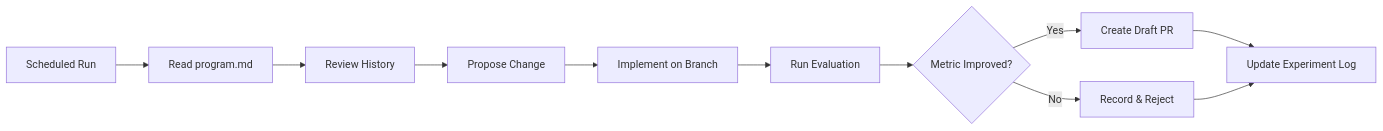
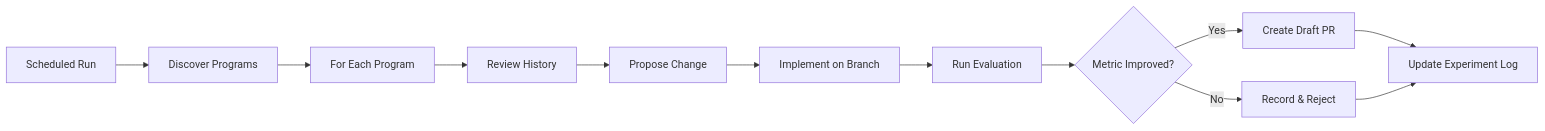
The first of 2 diagrams in docs/autoloop.md (githubnext/agentics), drawn with Mermaid before and after one commit. The commit also changed other lines of this file and 2 other files, not shown here.

````diff
--- a/docs/autoloop.md
+++ b/docs/autoloop.md
@@ -23,13 +23,14 @@
 ```mermaid
 graph LR
-    A[Scheduled Run] --> B[Read program.md]
-    B --> C[Review History]
-    C --> D[Propose Change]
-    D --> E[Implement on Branch]
-    E --> F[Run Evaluation]
-    F --> G{Metric Improved?}
-    G -->|Yes| H[Create Draft PR]
-    G -->|No| I[Record & Reject]
-    H --> J[Update Experiment Log]
-    I --> J
+    A[Scheduled Run] --> B[Discover Programs]
+    B --> C[For Each Program]
+    C --> D[Review History]
+    D --> E[Propose Change]
+    E --> F[Implement on Branch]
+    F --> G[Run Evaluation]
+    G --> H{Metric Improved?}
+    H -->|Yes| I[Create Draft PR]
+    H -->|No| J[Record & Reject]
+    I --> K[Update Experiment Log]
+    J --> K
 ```
````
